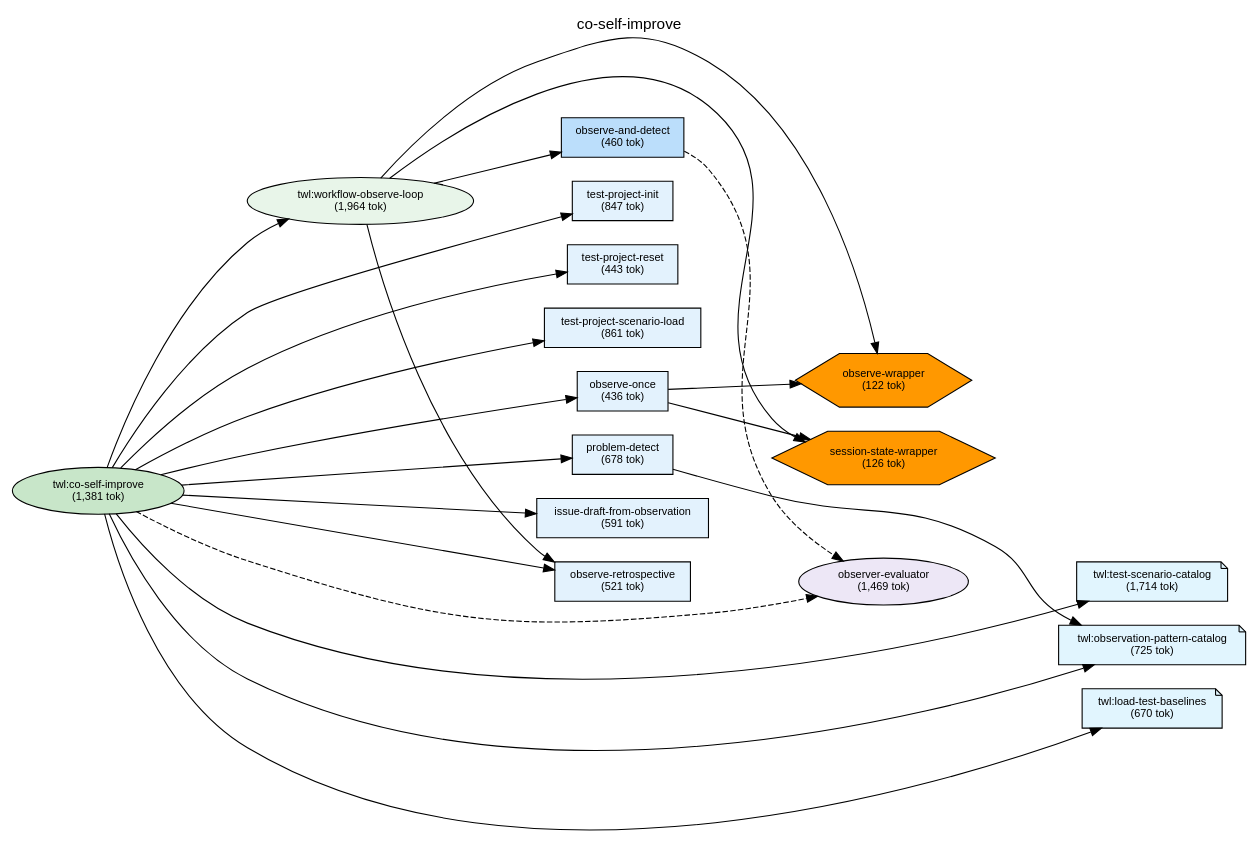
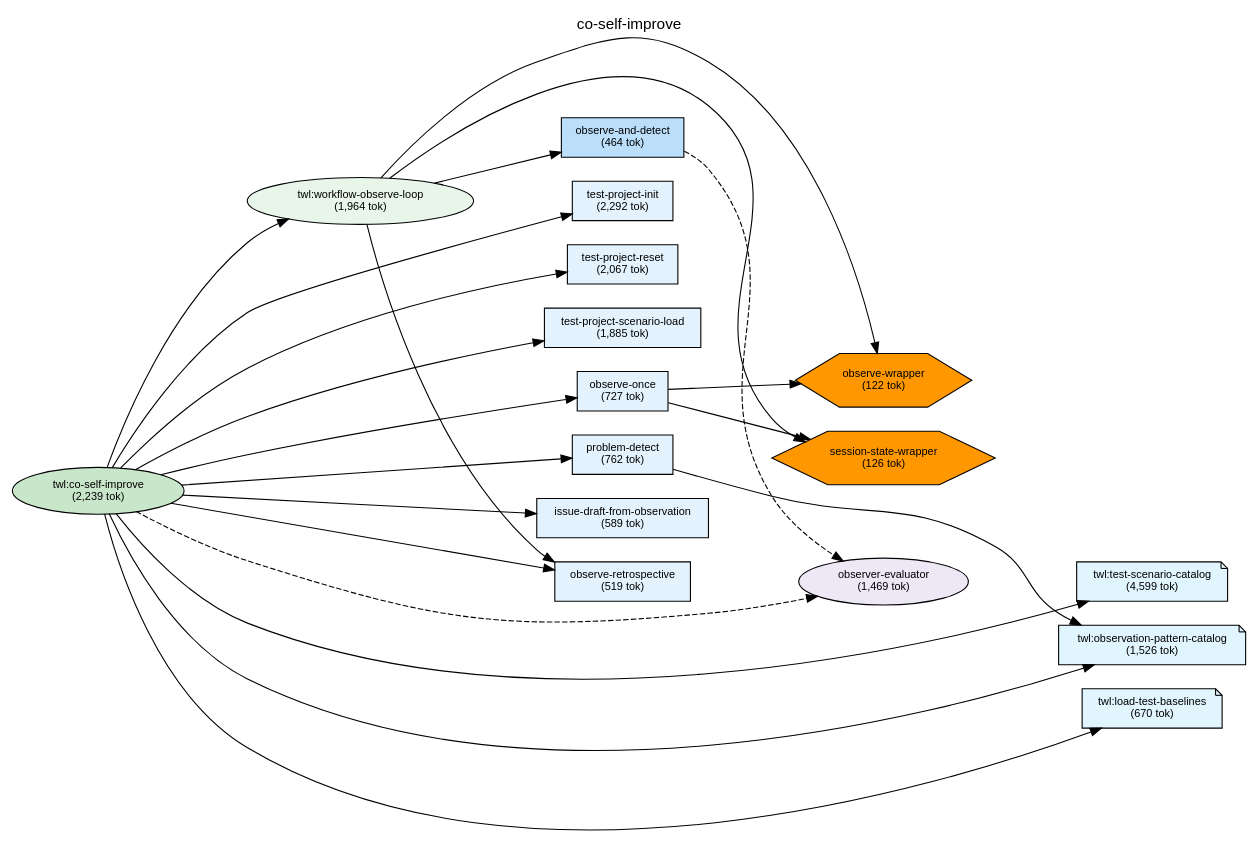
The diagram in plugins/twl/docs/deps-co-self-improve.dot (shuu5/twill), drawn with Graphviz before and after one commit. The commit also changed 40 other files, not shown here.

```diff
--- a/plugins/twl/docs/deps-co-self-improve.dot
+++ b/plugins/twl/docs/deps-co-self-improve.dot
@@ -1,96 +1,96 @@
 digraph Dependencies {
     // Graph settings
     rankdir=LR;
     ranksep=0.8;
     nodesep=0.3;
     fontname="Helvetica";
     node [fontname="Helvetica", fontsize=10];
     edge [fontname="Helvetica", fontsize=9];
     label="co-self-improve";
     labelloc=t;
     fontsize=14;
 
     // L0: Controller Skills
-    skill_co_self_improve [label="twl:co-self-improve\n(1,381 tok)", shape=ellipse, style=filled, fillcolor="#c8e6c9"];
+    skill_co_self_improve [label="twl:co-self-improve\n(2,239 tok)", shape=ellipse, style=filled, fillcolor="#c8e6c9"];
 
     // L0: Launchers
 
     // L0.5: Workflow Skills
     skill_workflow_observe_loop [label="twl:workflow-observe-loop\n(1,964 tok)", shape=ellipse, style=filled, fillcolor="#e8f5e9"];
 
     // Reference Skills
-    skill_test_scenario_catalog [label="twl:test-scenario-catalog\n(1,714 tok)", shape=note, style=filled, fillcolor="#e1f5fe"];
-    skill_observation_pattern_catalog [label="twl:observation-pattern-catalog\n(725 tok)", shape=note, style=filled, fillcolor="#e1f5fe"];
+    skill_test_scenario_catalog [label="twl:test-scenario-catalog\n(4,599 tok)", shape=note, style=filled, fillcolor="#e1f5fe"];
+    skill_observation_pattern_catalog [label="twl:observation-pattern-catalog\n(1,526 tok)", shape=note, style=filled, fillcolor="#e1f5fe"];
     skill_load_test_baselines [label="twl:load-test-baselines\n(670 tok)", shape=note, style=filled, fillcolor="#e1f5fe"];
 
     // L1: Direct Commands
-    cmd_observe_once [label="observe-once\n(436 tok)", shape=box, style=filled, fillcolor="#e3f2fd"];
-    cmd_problem_detect [label="problem-detect\n(678 tok)", shape=box, style=filled, fillcolor="#e3f2fd"];
-    cmd_issue_draft_from_observation [label="issue-draft-from-observation\n(591 tok)", shape=box, style=filled, fillcolor="#e3f2fd"];
-    cmd_observe_and_detect [label="observe-and-detect\n(460 tok)", shape=box, style=filled, fillcolor="#bbdefb"];
-    cmd_observe_retrospective [label="observe-retrospective\n(521 tok)", shape=box, style=filled, fillcolor="#e3f2fd"];
-    cmd_test_project_init [label="test-project-init\n(847 tok)", shape=box, style=filled, fillcolor="#e3f2fd"];
-    cmd_test_project_reset [label="test-project-reset\n(443 tok)", shape=box, style=filled, fillcolor="#e3f2fd"];
-    cmd_test_project_scenario_load [label="test-project-scenario-load\n(861 tok)", shape=box, style=filled, fillcolor="#e3f2fd"];
+    cmd_observe_once [label="observe-once\n(727 tok)", shape=box, style=filled, fillcolor="#e3f2fd"];
+    cmd_problem_detect [label="problem-detect\n(762 tok)", shape=box, style=filled, fillcolor="#e3f2fd"];
+    cmd_issue_draft_from_observation [label="issue-draft-from-observation\n(589 tok)", shape=box, style=filled, fillcolor="#e3f2fd"];
+    cmd_observe_and_detect [label="observe-and-detect\n(464 tok)", shape=box, style=filled, fillcolor="#bbdefb"];
+    cmd_observe_retrospective [label="observe-retrospective\n(519 tok)", shape=box, style=filled, fillcolor="#e3f2fd"];
+    cmd_test_project_init [label="test-project-init\n(2,292 tok)", shape=box, style=filled, fillcolor="#e3f2fd"];
+    cmd_test_project_reset [label="test-project-reset\n(2,067 tok)", shape=box, style=filled, fillcolor="#e3f2fd"];
+    cmd_test_project_scenario_load [label="test-project-scenario-load\n(1,885 tok)", shape=box, style=filled, fillcolor="#e3f2fd"];
 
     // L2: Sub Commands
 
     // L3: Agents
     agent_observer_evaluator [label="observer-evaluator\n(1,469 tok)", shape=ellipse, style=filled, fillcolor="#ede7f6"];
 
     // L3.5: Scripts
     script_observe_wrapper [label="observe-wrapper\n(122 tok)", shape=hexagon, style=filled, fillcolor="#FF9800"];
     script_session_state_wrapper [label="session-state-wrapper\n(126 tok)", shape=hexagon, style=filled, fillcolor="#FF9800"];
 
     // L4: External
 
     // Layer constraints
     { rank=same; skill_co_self_improve; }
     { rank=same; skill_workflow_observe_loop; }
     { rank=same; skill_test_scenario_catalog; skill_observation_pattern_catalog; skill_load_test_baselines; }
     { rank=same; cmd_observe_once; cmd_problem_detect; cmd_issue_draft_from_observation; cmd_observe_and_detect; cmd_observe_retrospective; cmd_test_project_init; cmd_test_project_reset; cmd_test_project_scenario_load; }
     { rank=same; agent_observer_evaluator; }
     { rank=same; script_observe_wrapper; script_session_state_wrapper; }
 
     // Edges
     skill_co_self_improve -> skill_workflow_observe_loop;
     skill_co_self_improve -> cmd_test_project_init;
     skill_co_self_improve -> cmd_test_project_reset;
     skill_co_self_improve -> cmd_test_project_scenario_load;
     skill_co_self_improve -> cmd_observe_once;
     skill_co_self_improve -> cmd_problem_detect;
     skill_co_self_improve -> cmd_issue_draft_from_observation;
     skill_co_self_improve -> cmd_observe_retrospective;
     skill_co_self_improve -> agent_observer_evaluator [style=dashed];
     skill_co_self_improve -> skill_test_scenario_catalog;
     skill_co_self_improve -> skill_observation_pattern_catalog;
     skill_co_self_improve -> skill_load_test_baselines;
     skill_workflow_observe_loop -> cmd_observe_and_detect;
     skill_workflow_observe_loop -> cmd_observe_retrospective;
     skill_workflow_observe_loop -> script_observe_wrapper;
     skill_workflow_observe_loop -> script_session_state_wrapper;
     cmd_observe_once -> script_observe_wrapper;
     cmd_observe_once -> script_session_state_wrapper;
     cmd_problem_detect -> skill_observation_pattern_catalog;
     cmd_observe_and_detect -> agent_observer_evaluator [style=dashed];
 
     // Ordering constraints (invisible edges)
     skill_workflow_observe_loop -> cmd_test_project_init [style=invis, weight=10];
     cmd_test_project_init -> cmd_test_project_reset [style=invis, weight=10];
     cmd_test_project_reset -> cmd_test_project_scenario_load [style=invis, weight=10];
     cmd_test_project_scenario_load -> cmd_observe_once [style=invis, weight=10];
     cmd_observe_once -> cmd_problem_detect [style=invis, weight=10];
     cmd_problem_detect -> cmd_issue_draft_from_observation [style=invis, weight=10];
     cmd_issue_draft_from_observation -> cmd_observe_retrospective [style=invis, weight=10];
     cmd_observe_retrospective -> agent_observer_evaluator [style=invis, weight=10];
     agent_observer_evaluator -> skill_test_scenario_catalog [style=invis, weight=10];
     skill_test_scenario_catalog -> skill_observation_pattern_catalog [style=invis, weight=10];
     skill_observation_pattern_catalog -> skill_load_test_baselines [style=invis, weight=10];
     cmd_observe_once -> cmd_problem_detect [style=invis, weight=10];
     cmd_problem_detect -> agent_observer_evaluator [style=invis, weight=10];
     cmd_observe_and_detect -> cmd_observe_retrospective [style=invis, weight=10];
     cmd_observe_retrospective -> script_observe_wrapper [style=invis, weight=10];
     script_observe_wrapper -> script_session_state_wrapper [style=invis, weight=10];
     script_observe_wrapper -> script_session_state_wrapper [style=invis, weight=10];
 
 }
```
